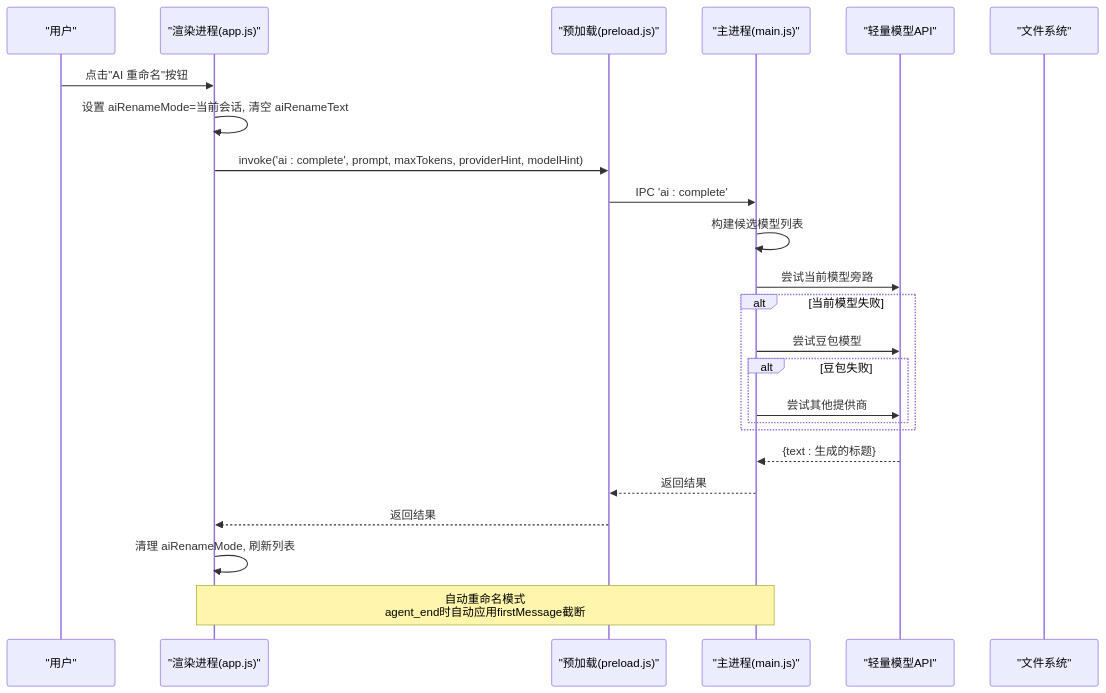
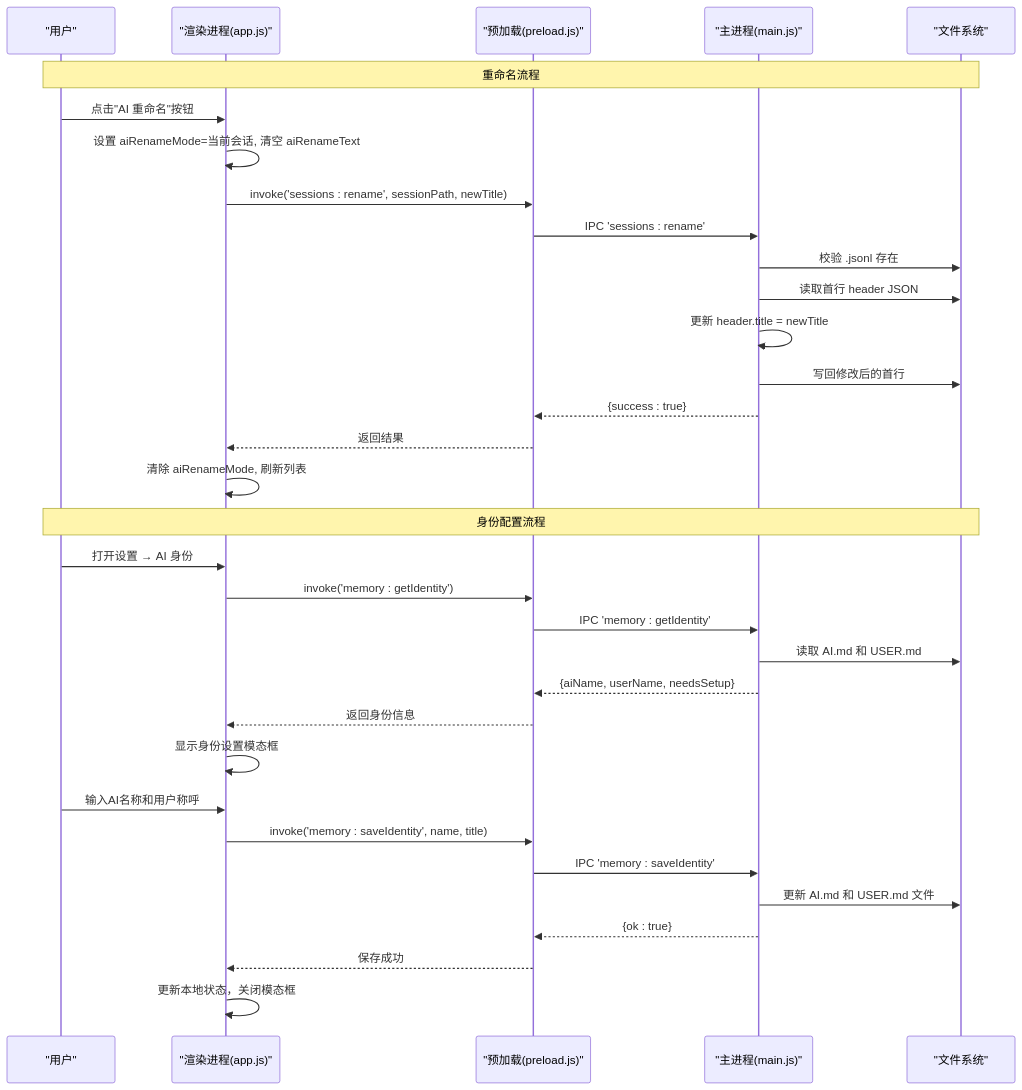
The second of 3 diagrams in .qoder/repowiki/zh/content/用户界面/AI智能重命名功能.md (swond-Mao/Tiffa), drawn with Mermaid before and after one commit. The commit also changed other lines of this file and 25 other files, not shown here.

````diff
--- a/.qoder/repowiki/zh/content/用户界面/AI智能重命名功能.md
+++ b/.qoder/repowiki/zh/content/用户界面/AI智能重命名功能.md
@@ -91,26 +112,35 @@
 ```mermaid
 sequenceDiagram
 participant U as "用户"
 participant R as "渲染进程(app.js)"
 participant P as "预加载(preload.js)"
 participant M as "主进程(main.js)"
-participant L as "轻量模型API"
 participant F as "文件系统"
+Note over U,F : 重命名流程
 U->>R : 点击"AI 重命名"按钮
 R->>R : 设置 aiRenameMode=当前会话, 清空 aiRenameText
-R->>P : invoke('ai : complete', prompt, maxTokens, providerHint, modelHint)
-P->>M : IPC 'ai : complete'
-M->>M : 构建候选模型列表
-M->>L : 尝试当前模型旁路
-alt 当前模型失败
-M->>L : 尝试豆包模型
-alt 豆包失败
-M->>L : 尝试其他提供商
-end
-end
-L-->>M : {text : 生成的标题}
-M-->>P : 返回结果
+R->>P : invoke('sessions : rename', sessionPath, newTitle)
+P->>M : IPC 'sessions : rename'
+M->>F : 校验 .jsonl 存在
+M->>F : 读取首行 header JSON
+M->>M : 更新 header.title = newTitle
+M->>F : 写回修改后的首行
+M-->>P : {success : true}
 P-->>R : 返回结果
-R->>R : 清理 aiRenameMode, 刷新列表
-Note over R,M : 自动重命名模式<br/>agent_end时自动应用firstMessage截断
+R->>R : 清除 aiRenameMode, 刷新列表
+Note over U,F : 身份配置流程
+U->>R : 打开设置 → AI 身份
+R->>P : invoke('memory : getIdentity')
+P->>M : IPC 'memory : getIdentity'
+M->>F : 读取 AI.md 和 USER.md
+M-->>P : {aiName, userName, needsSetup}
+P-->>R : 返回身份信息
+R->>R : 显示身份设置模态框
+U->>R : 输入AI名称和用户称呼
+R->>P : invoke('memory : saveIdentity', name, title)
+P->>M : IPC 'memory : saveIdentity'
+M->>F : 更新 AI.md 和 USER.md 文件
+M-->>P : {ok : true}
+P-->>R : 保存成功
+R->>R : 更新本地状态，关闭模态框
 ```
````
